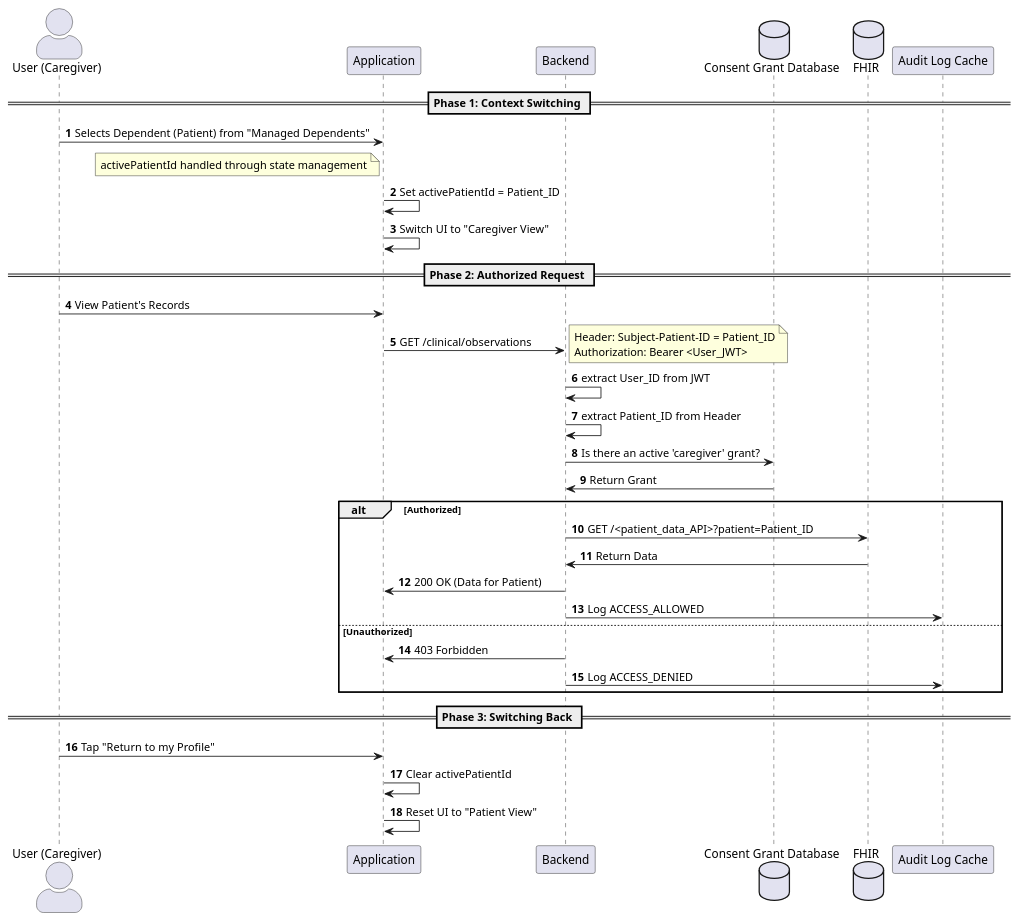
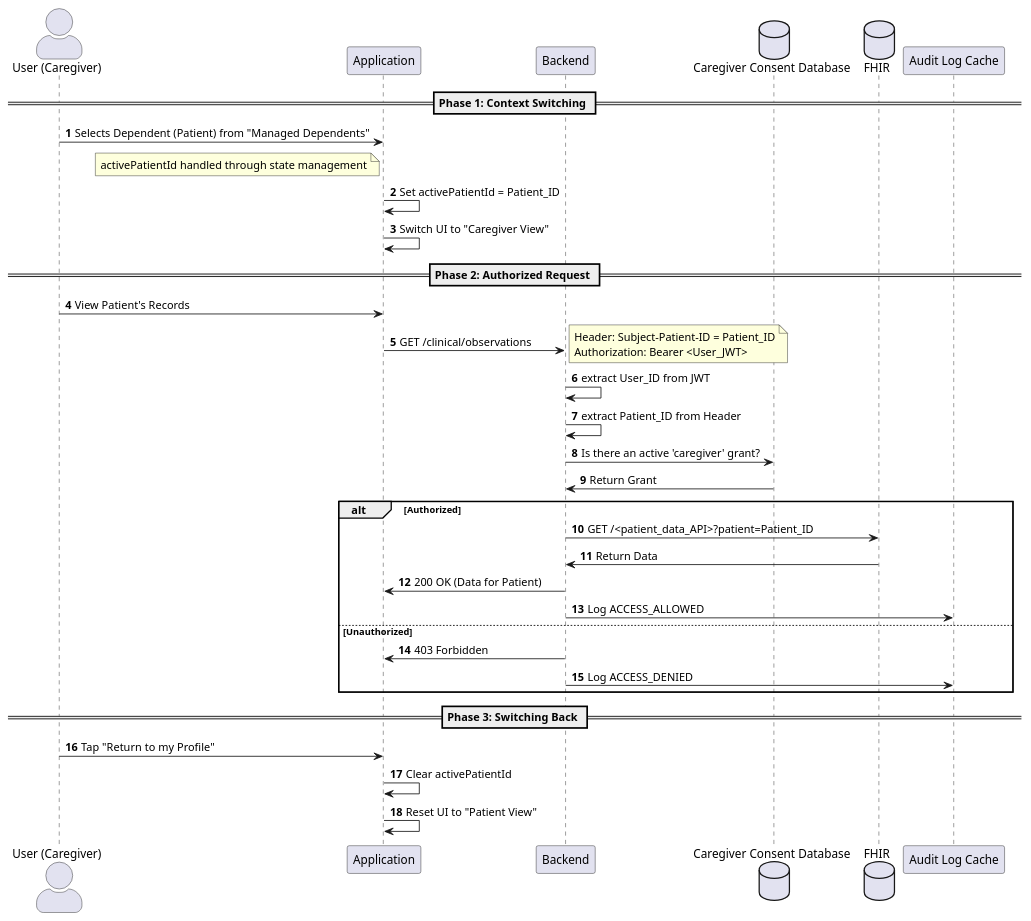
The diagram in docs/Diagrams/Consent-Grant-Flow/Caregiver Context Switching.puml (Belal0066/CFI-Care), drawn with PlantUML before and after one commit. The commit also changed 36 other files, not shown here.

```diff
--- a/docs/Diagrams/Consent-Grant-Flow/Caregiver Context Switching.puml
+++ b/docs/Diagrams/Consent-Grant-Flow/Caregiver Context Switching.puml
@@ -1,43 +1,43 @@
 @startuml Caregiver Context Switching & Delegation
 skinparam actorStyle AWESOME
 autonumber
 
 actor "User (Caregiver)" as U1
 participant "Application" as App
 participant "Backend" as BE
-database "Consent Grant Database" as DB
+database "Caregiver Consent Database" as DB
 database "FHIR" as FHIR
 participant "Audit Log Cache" as Audit
 
 == Phase 1: Context Switching ==
 U1 -> App: Selects Dependent (Patient) from "Managed Dependents"
 note left of App: activePatientId handled through state management
 App -> App: Set activePatientId = Patient_ID
 App -> App: Switch UI to "Caregiver View"
 
 == Phase 2: Authorized Request ==
 U1 -> App: View Patient's Records
 App -> BE: GET /clinical/observations
 note right: Header: Subject-Patient-ID = Patient_ID\nAuthorization: Bearer <User_JWT>
 
 BE -> BE: extract User_ID from JWT
 BE -> BE: extract Patient_ID from Header
 
 BE -> DB: Is there an active 'caregiver' grant?
 DB -> BE: Return Grant
 
 alt Authorized
     BE -> FHIR: GET /<patient_data_API>?patient=Patient_ID
     FHIR -> BE: Return Data
     BE -> App: 200 OK (Data for Patient)
     BE -> Audit: Log ACCESS_ALLOWED 
 else Unauthorized
     BE -> App: 403 Forbidden
     BE -> Audit: Log ACCESS_DENIED 
 end
 
 == Phase 3: Switching Back ==
 U1 -> App: Tap "Return to my Profile"
 App -> App: Clear activePatientId
 App -> App: Reset UI to "Patient View"
 @enduml
```
